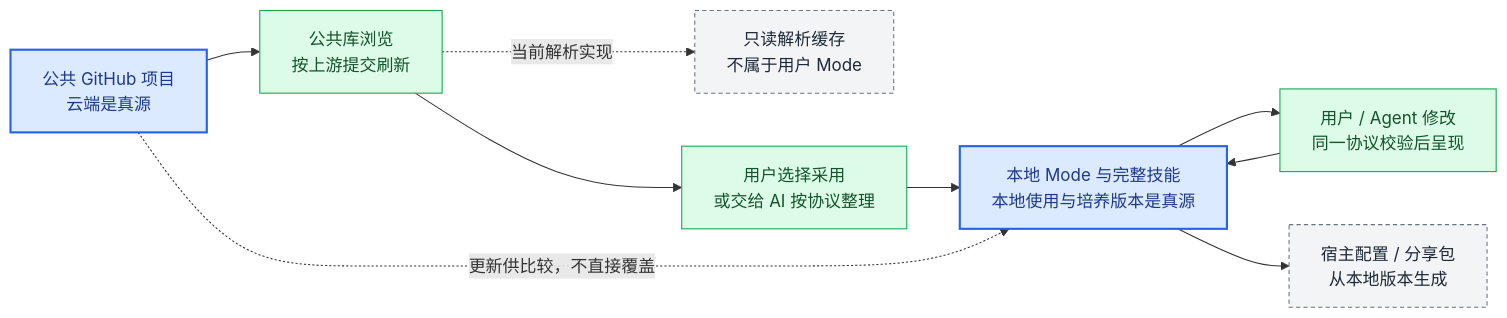
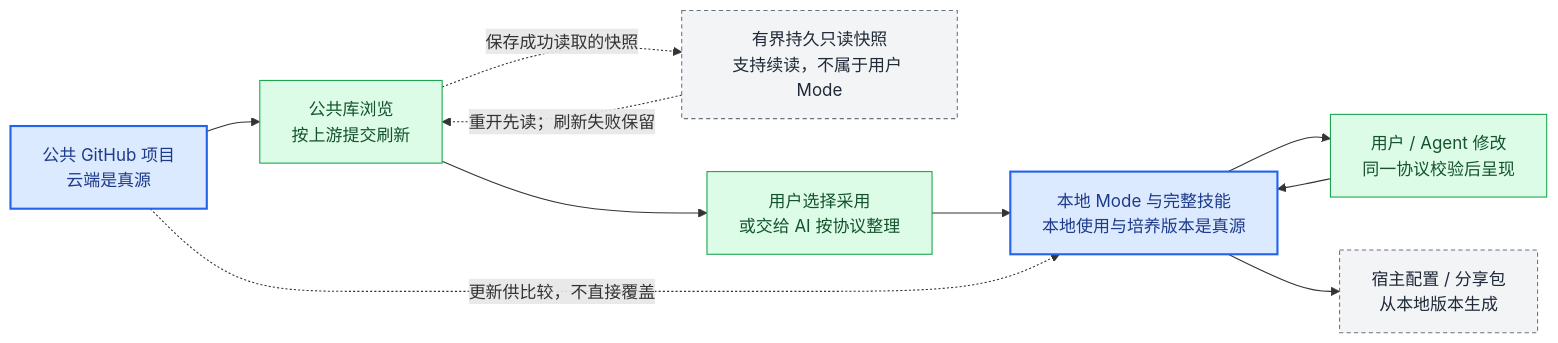
The fourth of 6 diagrams in docs/architecture/02d-app-navigation.md (qihangzhang-272/asl-harness), drawn with Mermaid before and after one commit. The commit also changed other lines of this file and 24 other files, not shown here.

````diff
--- a/docs/architecture/02d-app-navigation.md
+++ b/docs/architecture/02d-app-navigation.md
@@ -145,22 +171,23 @@
 ```mermaid
 flowchart LR
     CLOUD["公共 GitHub 项目<br/>云端是真源"]
     VIEW["公共库浏览<br/>按上游提交刷新"]
-    CACHE["只读解析缓存<br/>不属于用户 Mode"]
+    CACHE["有界持久只读快照<br/>支持续读，不属于用户 Mode"]
     ADOPT["用户选择采用<br/>或交给 AI 按协议整理"]
     LOCAL["本地 Mode 与完整技能<br/>本地使用与培养版本是真源"]
     EDITOR["用户 / Agent 修改<br/>同一协议校验后呈现"]
     HOSTVIEW["宿主配置 / 分享包<br/>从本地版本生成"]
     CLOUD --> VIEW
-    VIEW -.当前解析实现.-> CACHE
+    VIEW -.保存成功读取的快照.-> CACHE
+    CACHE -.重开先读；刷新失败保留.-> VIEW
     VIEW --> ADOPT --> LOCAL
     LOCAL --> EDITOR --> LOCAL
     CLOUD -.更新供比较，不直接覆盖.-> LOCAL
     LOCAL --> HOSTVIEW
     classDef boundary fill:#dbeafe,stroke:#2563eb,color:#1e3a8a,stroke-width:2px;
     classDef done fill:#dcfce7,stroke:#16a34a,color:#14532d;
     classDef derived fill:#f3f4f6,stroke:#6b7280,color:#1f2937,stroke-dasharray:4 3;
     class CLOUD,LOCAL boundary;
     class VIEW,ADOPT,EDITOR done;
     class CACHE,HOSTVIEW derived;
 ```
````
